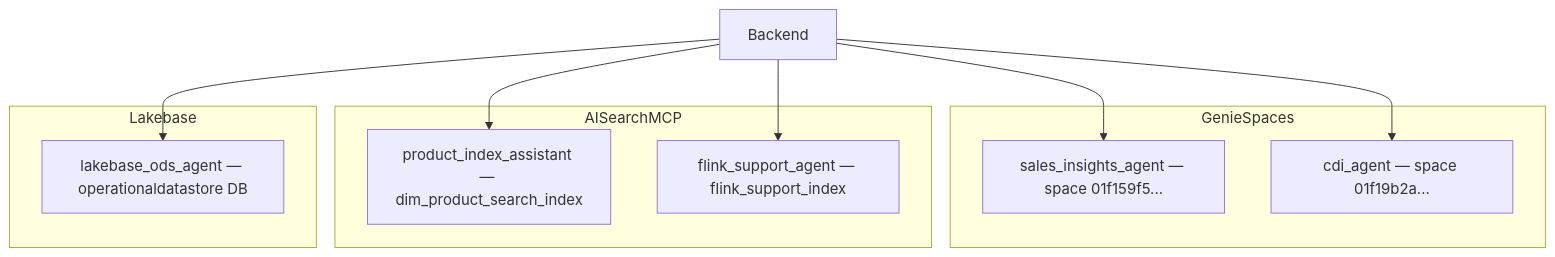
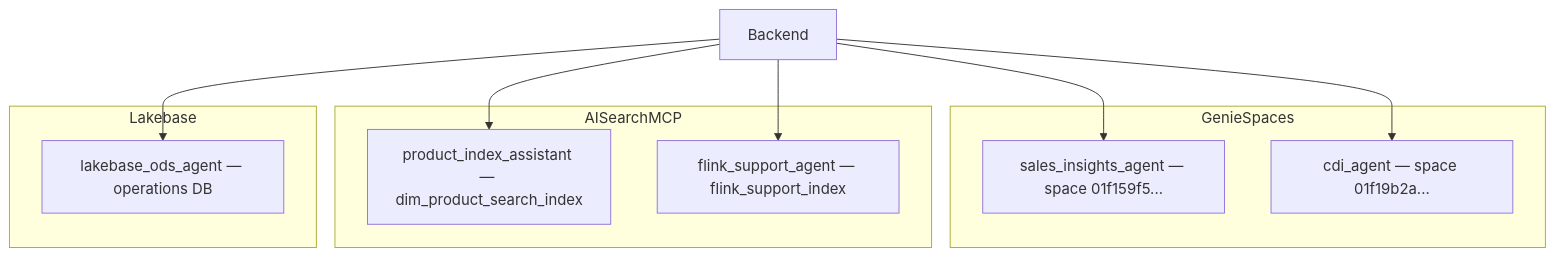
One commit to wchen-dea/Governed-Multi-Agent-Intelligence-on-Databricks changed the third of 3 diagrams in docs/architecture/design-artifacts/05-deployment-high-level.md. Above: the diagram before and after it, drawn with Mermaid. The commit also changed other lines of this file and 106 other files, not shown here.

````diff
--- a/docs/architecture/design-artifacts/05-deployment-high-level.md
+++ b/docs/architecture/design-artifacts/05-deployment-high-level.md
@@ -44,22 +44,22 @@
 ```mermaid
 flowchart TB
     subgraph GenieSpaces
         S1[sales_insights_agent — space 01f159f5...]
         S2[cdi_agent — space 01f19b2a...]
     end
 
     subgraph AISearchMCP
         S3[product_index_assistant — dim_product_search_index]
         S4[flink_support_agent — flink_support_index]
     end
 
     subgraph Lakebase
-        S5[lakebase_ods_agent — operationaldatastore DB]
+        S5[lakebase_ods_agent — operations DB]
     end
 
     BE[Backend] --> S1
     BE --> S2
     BE --> S3
     BE --> S4
     BE --> S5
 ```
````
